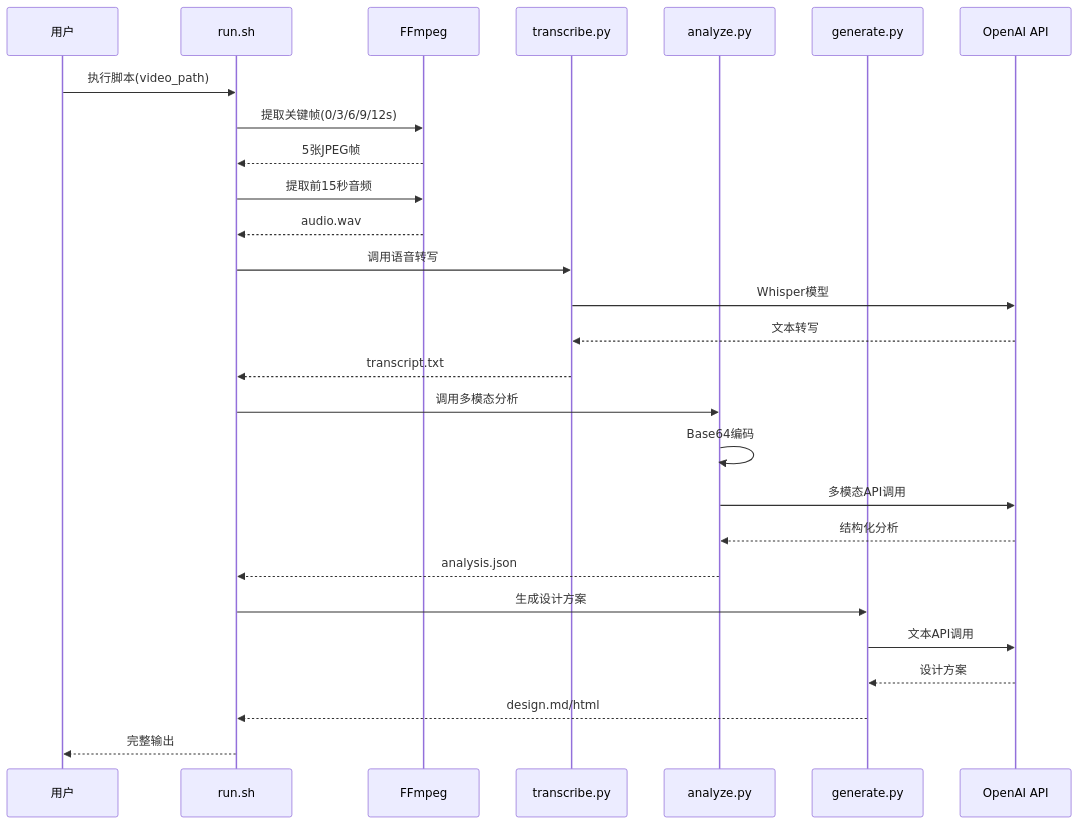
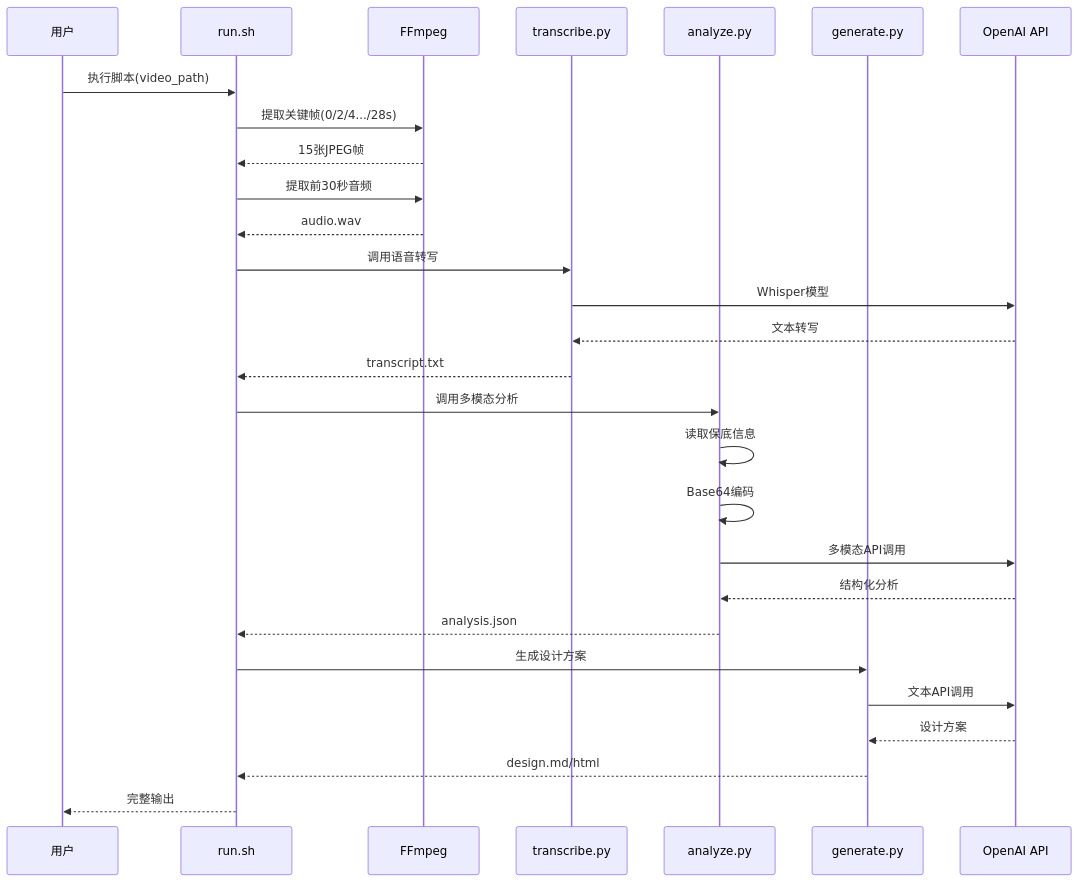
Before and after one commit to WongMingJiu/landingpage-test-hero-page: the second of 7 diagrams in .qoder/repowiki/zh/content/核心模块详解/多模态分析模块.md, drawn with Mermaid. The commit also changed other lines of this file and 6 other files, not shown here.

````diff
--- a/.qoder/repowiki/zh/content/核心模块详解/多模态分析模块.md
+++ b/.qoder/repowiki/zh/content/核心模块详解/多模态分析模块.md
@@ -112,29 +120,30 @@
 ```mermaid
 sequenceDiagram
 participant User as 用户
 participant Runner as run.sh
 participant FFmpeg as FFmpeg
 participant Transcriber as transcribe.py
 participant Analyzer as analyze.py
 participant Generator as generate.py
 participant OpenAI as OpenAI API
 User->>Runner : 执行脚本(video_path)
-Runner->>FFmpeg : 提取关键帧(0/3/6/9/12s)
-FFmpeg-->>Runner : 5张JPEG帧
-Runner->>FFmpeg : 提取前15秒音频
+Runner->>FFmpeg : 提取关键帧(0/2/4.../28s)
+FFmpeg-->>Runner : 15张JPEG帧
+Runner->>FFmpeg : 提取前30秒音频
 FFmpeg-->>Runner : audio.wav
 Runner->>Transcriber : 调用语音转写
 Transcriber->>OpenAI : Whisper模型
 OpenAI-->>Transcriber : 文本转写
 Transcriber-->>Runner : transcript.txt
 Runner->>Analyzer : 调用多模态分析
+Analyzer->>Analyzer : 读取保底信息
 Analyzer->>Analyzer : Base64编码
 Analyzer->>OpenAI : 多模态API调用
 OpenAI-->>Analyzer : 结构化分析
 Analyzer-->>Runner : analysis.json
 Runner->>Generator : 生成设计方案
 Generator->>OpenAI : 文本API调用
 OpenAI-->>Generator : 设计方案
 Generator-->>Runner : design.md/html
 Runner-->>User : 完整输出
 ```
````
